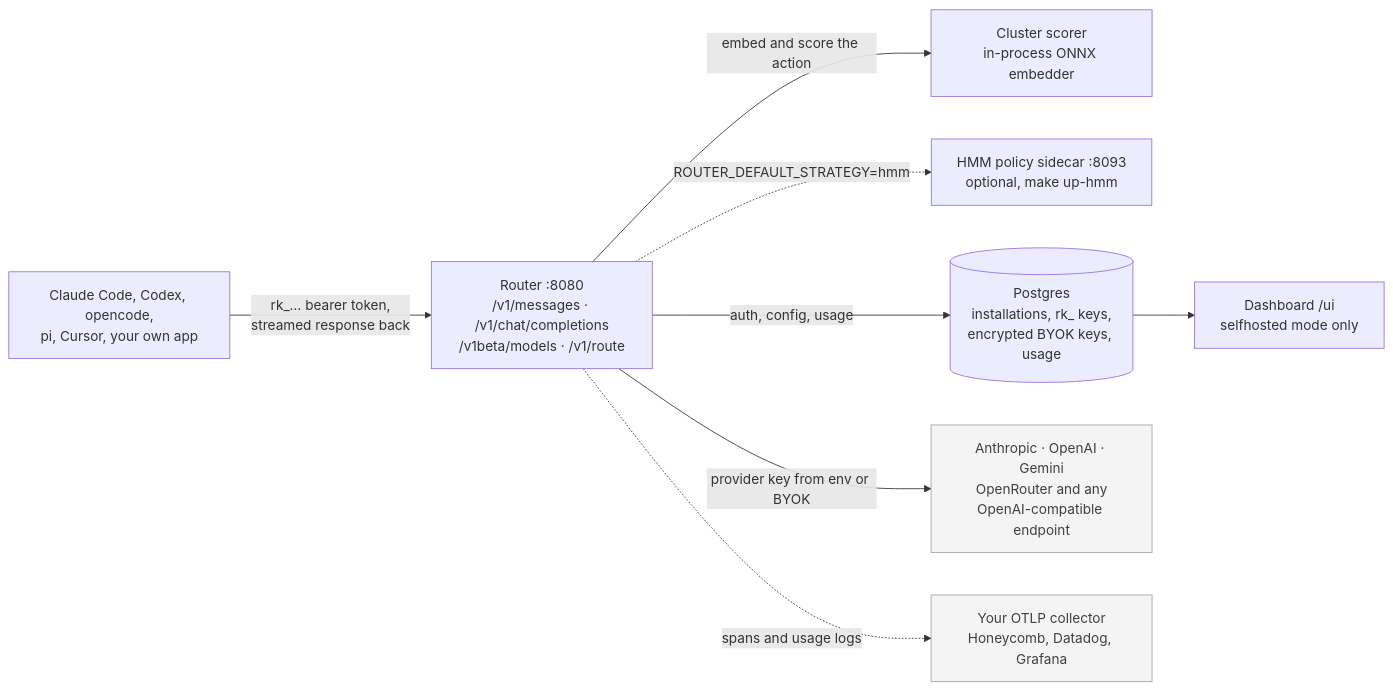
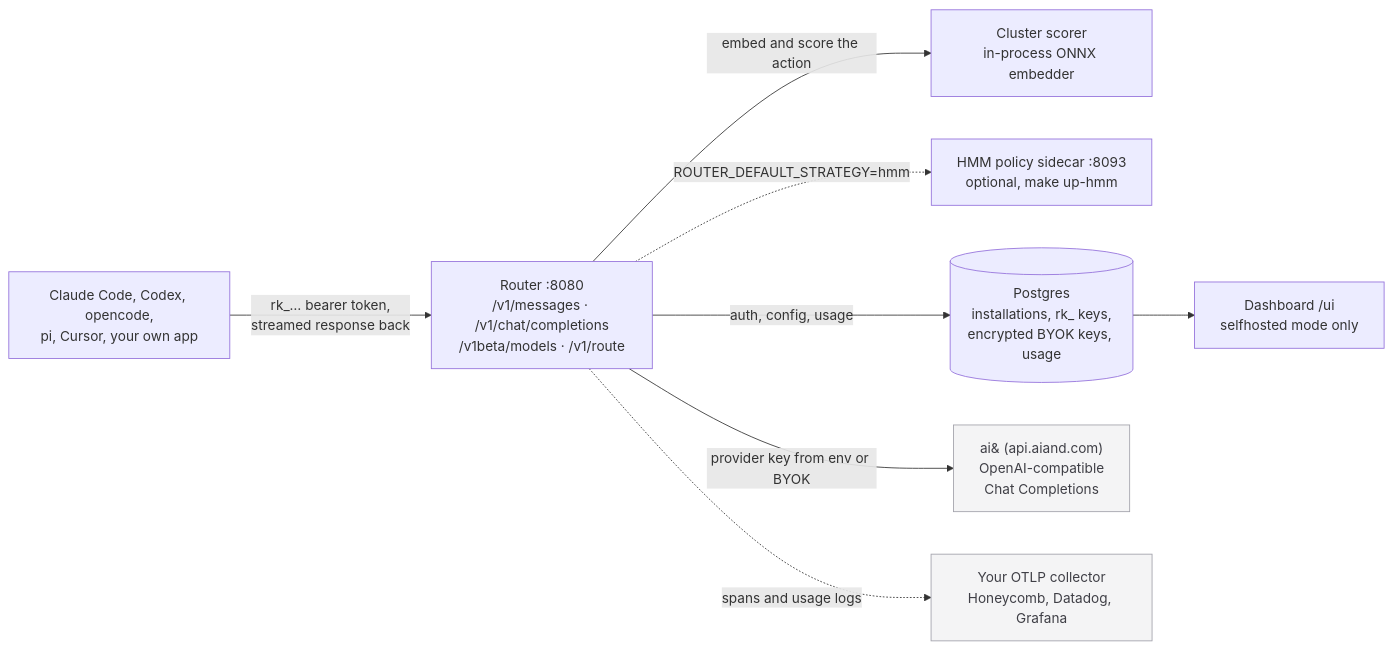
Before and after one commit to fenilmodi00/aiand_router: the diagram in README.md, drawn with Mermaid. The commit also changed other lines of this file and 8 other files, not shown here.

````diff
--- a/README.md
+++ b/README.md
@@ -133,22 +133,22 @@
 ```mermaid
 flowchart LR
     client["Claude Code, Codex, opencode,<br/>pi, Cursor, your own app"]
     router["Router :8080<br/>/v1/messages · /v1/chat/completions<br/>/v1beta/models · /v1/route"]
     scorer["Cluster scorer<br/>in-process ONNX embedder"]
     hmm["HMM policy sidecar :8093<br/>optional, make up-hmm"]
     pg[("Postgres<br/>installations, rk_ keys,<br/>encrypted BYOK keys, usage")]
     ui["Dashboard /ui<br/>selfhosted mode only"]
-    providers["Anthropic · OpenAI · Gemini<br/>OpenRouter and any<br/>OpenAI-compatible endpoint"]
+    providers["ai& (api.aiand.com)<br/>OpenAI-compatible<br/>Chat Completions"]
     otel["Your OTLP collector<br/>Honeycomb, Datadog, Grafana"]
 
     client -->|"rk_… bearer token,<br/>streamed response back"| router
     router -->|"embed and score the action"| scorer
     router -.->|"ROUTER_DEFAULT_STRATEGY=hmm"| hmm
     router -->|"auth, config, usage"| pg
     pg --> ui
     router -->|"provider key from env or BYOK"| providers
     router -.->|"spans and usage logs"| otel
 
     classDef external fill:#f4f4f5,stroke:#a1a1aa,color:#3f3f46
     class providers,otel external
 ```
````
